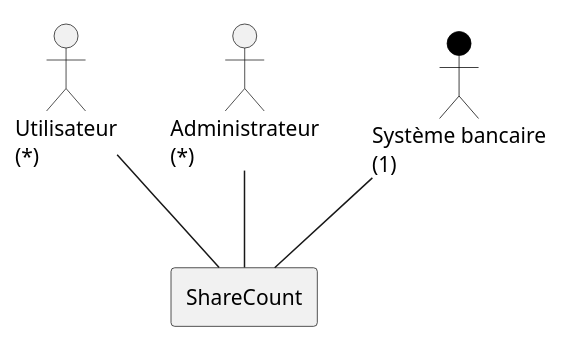
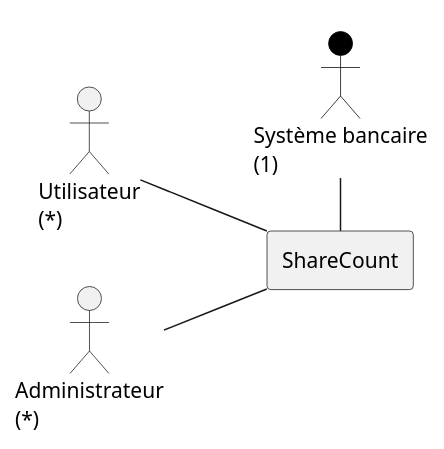
One commit to lmtb06/sharecount changed the diagram in diagrammes/specification/contexte-statique.puml. Above: the diagram before and after it, drawn with PlantUML. The commit also changed 2 other files, not shown here.

```diff
--- a/diagrammes/specification/contexte-statique.puml
+++ b/diagrammes/specification/contexte-statique.puml
@@ -1,21 +1,23 @@
 @startuml "Diagramme de contexte statique"
+
+left to right direction
 
 skinparam actor {
 BackgroundColor<< externe >> Black
 BorderColor<< externe >> Black
 StereotypeFontSize<< externe >> 0
 }
 
 actor "Utilisateur\n(*)" as User
 
 actor "Administrateur\n(*)" as Admin
 
 actor "Système bancaire\n(1)" << externe >> as SB
 
 rectangle "ShareCount" as SC
 
 User -- SC
 Admin -- SC
-SB -- SC
+SB - SC
 
 @enduml
```
